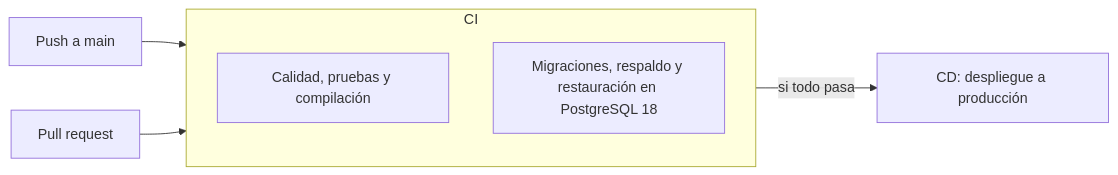
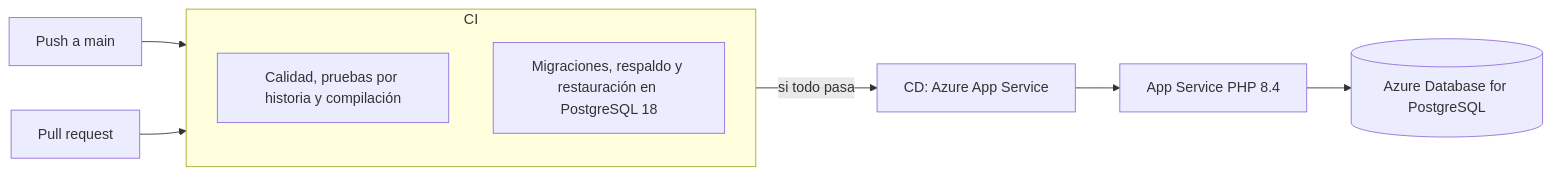
The diagram in docs/pipeline-ci-cd.md (JCdelao/patronato), drawn with Mermaid before and after one commit. The commit also changed other lines of this file and 16 other files, not shown here.

First line of the commit message:
Despliegue en Azure, pruebas por historia y permisos con Strategy

````diff
--- a/docs/pipeline-ci-cd.md
+++ b/docs/pipeline-ci-cd.md
@@ -12,12 +12,14 @@
 ```mermaid
 flowchart LR
     push["Push a main"] --> ci
     pr["Pull request"] --> ci
 
     subgraph ci["CI"]
-        verificar["Calidad, pruebas y compilación"]
+        verificar["Calidad, pruebas por historia y compilación"]
         bd["Migraciones, respaldo y restauración en PostgreSQL 18"]
     end
 
-    ci -->|"si todo pasa"| cd["CD: despliegue a producción"]
+    ci -->|"si todo pasa"| cd["CD: Azure App Service"]
+    cd --> app["App Service PHP 8.4"]
+    app --> pg[("Azure Database for PostgreSQL")]
 ```
````
